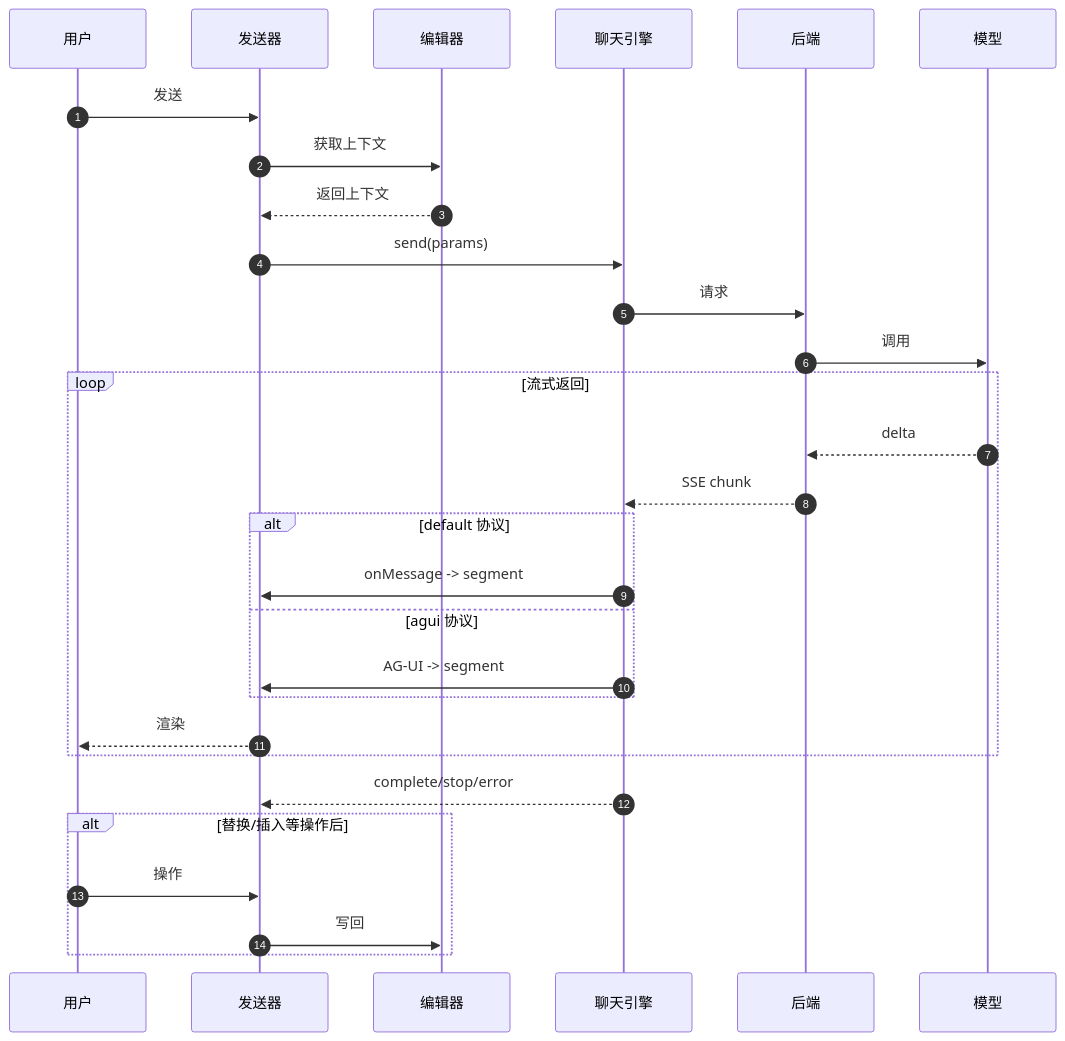
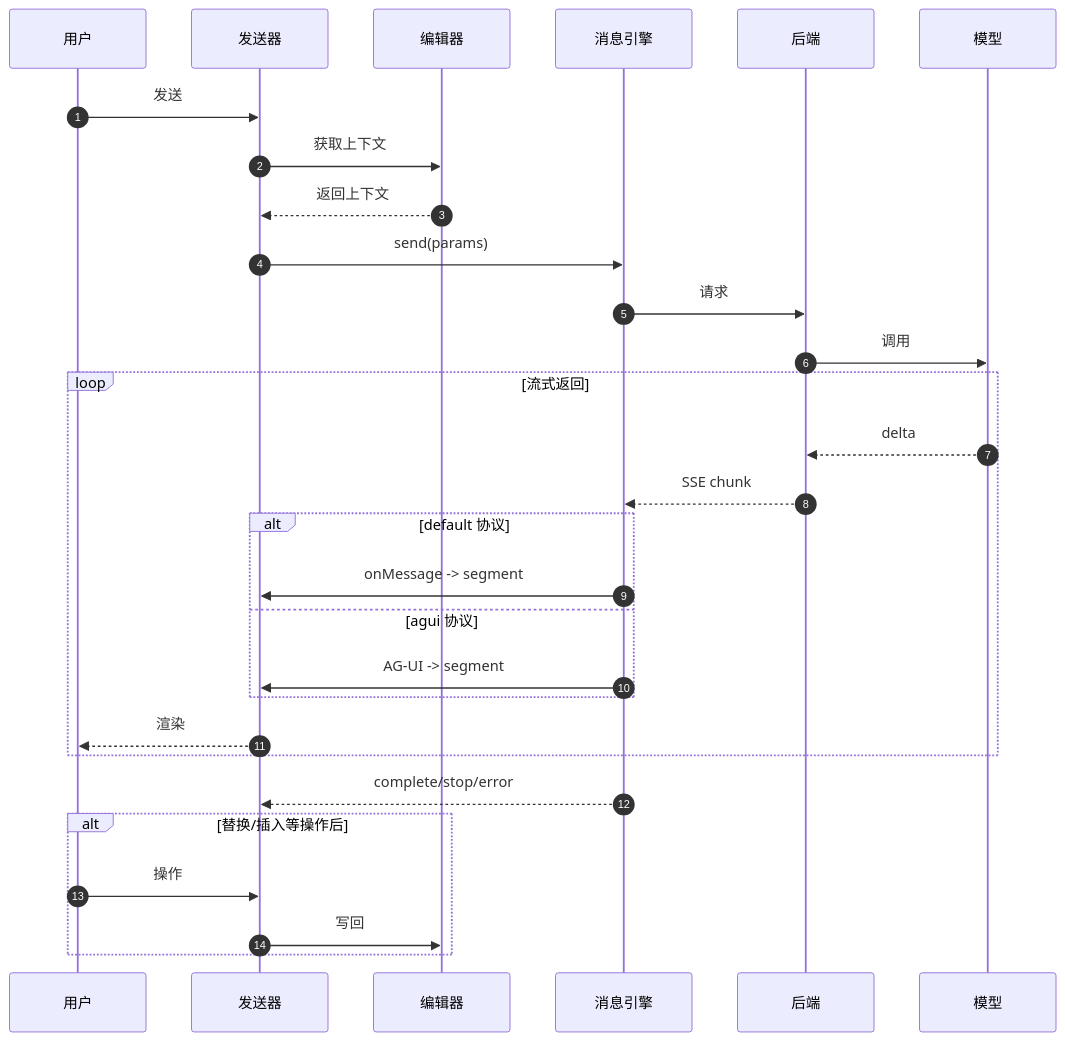
One commit to umodoc/docs changed the diagram in pages/cn/docs/next/ai/flow.mdx. Above: the diagram before and after it, drawn with Mermaid. The commit also changed other lines of this file and 6 other files, not shown here.

````diff
--- a/pages/cn/docs/next/ai/flow.mdx
+++ b/pages/cn/docs/next/ai/flow.mdx
@@ -13,32 +13,32 @@
 ```mermaid
 sequenceDiagram
   autonumber
   participant U as 用户
   participant S as 发送器
   participant E as 编辑器
-  participant C as 聊天引擎
+  participant C as 消息引擎
   participant B as 后端
   participant M as 模型
 
   U->>S: 发送
   S->>E: 获取上下文
   E-->>S: 返回上下文
   S->>C: send(params)
   C->>B: 请求
   B->>M: 调用
   loop 流式返回
     M-->>B: delta
     B-->>C: SSE chunk
     alt default 协议
       C->>S: onMessage -> segment
     else agui 协议
       C->>S: AG-UI -> segment
     end
     S-->>U: 渲染
   end
   C-->>S: complete/stop/error
   alt 替换/插入等操作后
     U->>S: 操作
     S->>E: 写回
   end
 ```
````
